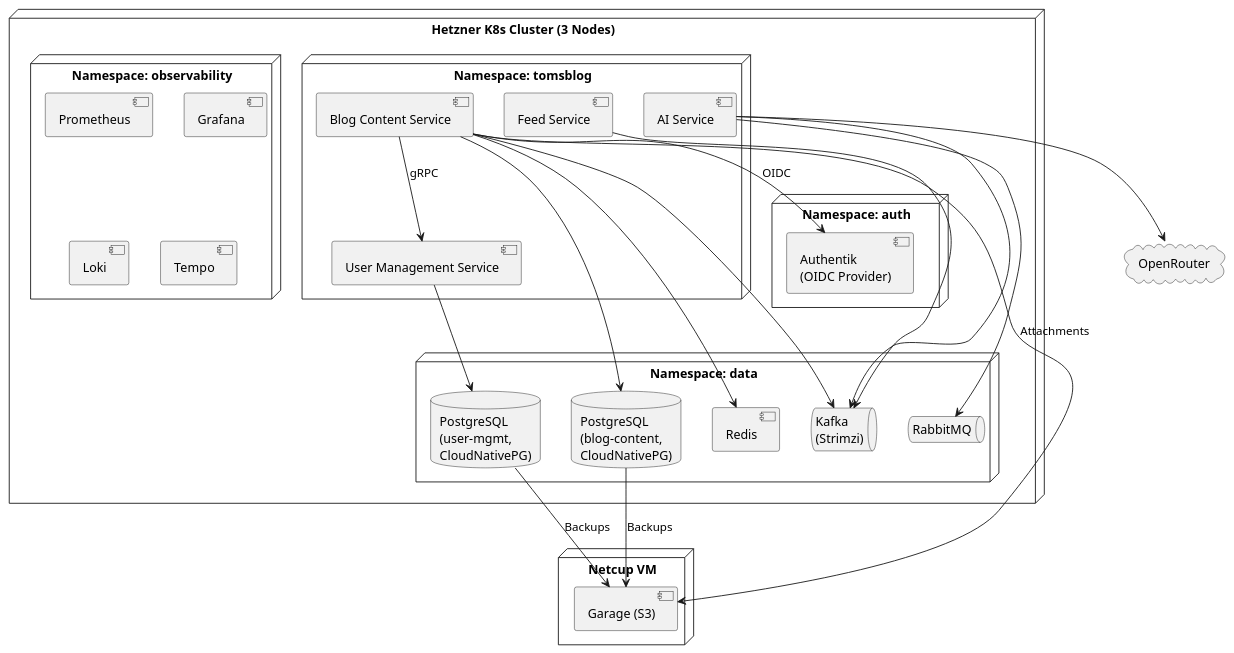
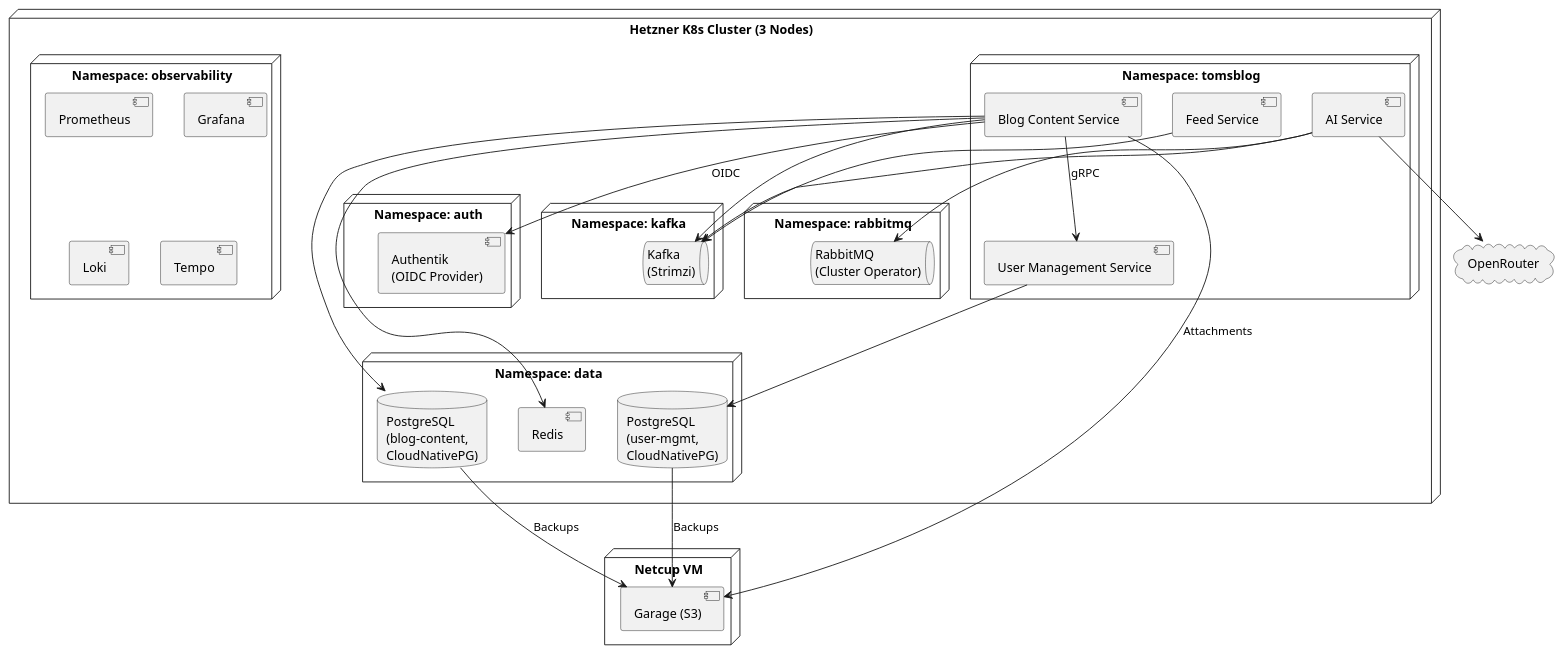
One commit to tomirgang/tomsblog changed the diagram in docs/arc42/modules/ROOT/partials/plantuml/deployment.puml. Above: the diagram before and after it, drawn with PlantUML. The commit also changed 10 other files, not shown here.

```diff
--- a/docs/arc42/modules/ROOT/partials/plantuml/deployment.puml
+++ b/docs/arc42/modules/ROOT/partials/plantuml/deployment.puml
@@ -1,49 +1,55 @@
 @startuml deployment
 node "Hetzner K8s Cluster (3 Nodes)" {
   node "Namespace: tomsblog" {
     [Blog Content Service] as blog
     [User Management Service] as usermgmt
     [Feed Service] as feed
     [AI Service] as ai
   }
 
   node "Namespace: data" {
     database "PostgreSQL\n(blog-content,\nCloudNativePG)" as db_blog
     database "PostgreSQL\n(user-mgmt,\nCloudNativePG)" as db_user
     [Redis] as redis
+  }
+
+  node "Namespace: kafka" {
     queue "Kafka\n(Strimzi)" as kafka
-    queue "RabbitMQ" as rabbitmq
+  }
+
+  node "Namespace: rabbitmq" {
+    queue "RabbitMQ\n(Cluster Operator)" as rabbitmq
   }
 
   node "Namespace: auth" {
     [Authentik\n(OIDC Provider)] as authentik
   }
 
   node "Namespace: observability" {
     [Prometheus] as prom
     [Grafana] as grafana
     [Loki] as loki
     [Tempo] as tempo
   }
 }
 
 node "Netcup VM" {
   [Garage (S3)] as s3
 }
 
 cloud "OpenRouter" as openrouter
 
 blog --> db_blog
 usermgmt --> db_user
 blog --> usermgmt : gRPC
 blog --> authentik : OIDC
 blog --> kafka
 blog --> redis
 feed --> kafka
 ai --> kafka
 ai --> rabbitmq
 ai --> openrouter
 blog --> s3 : Attachments
 db_blog --> s3 : Backups
 db_user --> s3 : Backups
 @enduml
```
